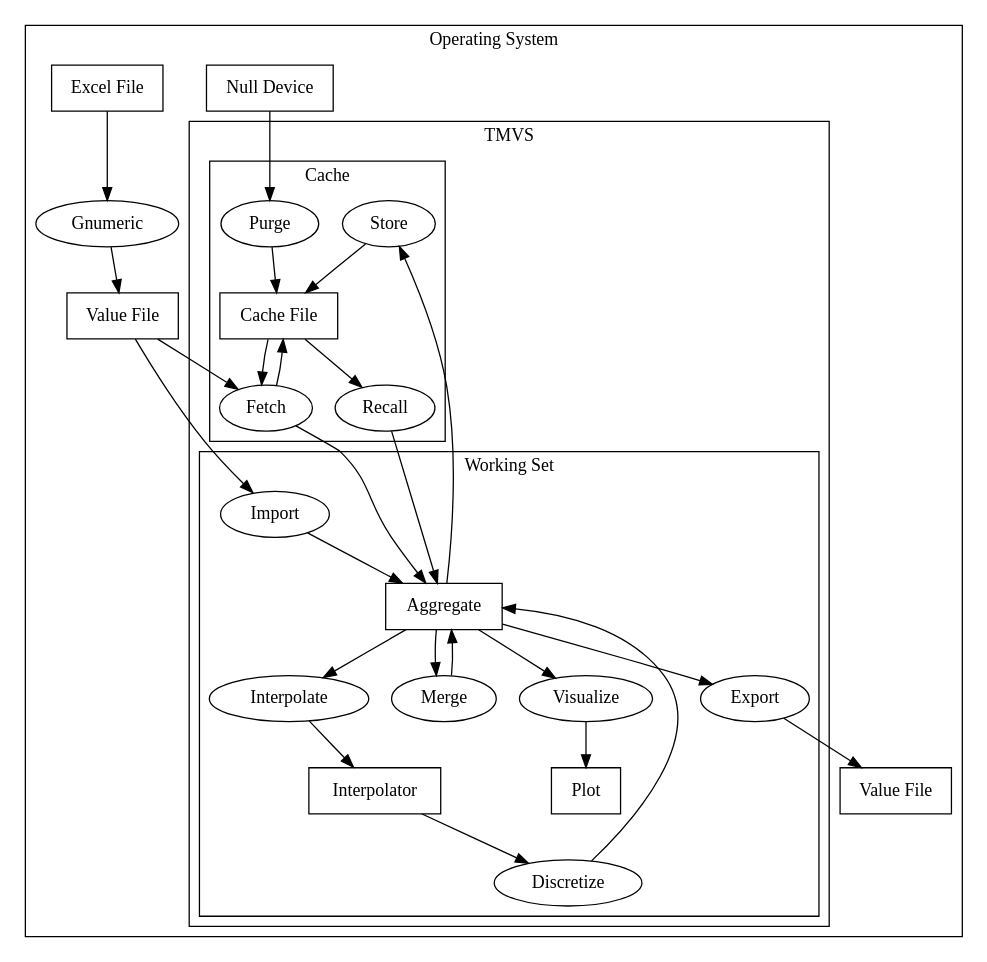
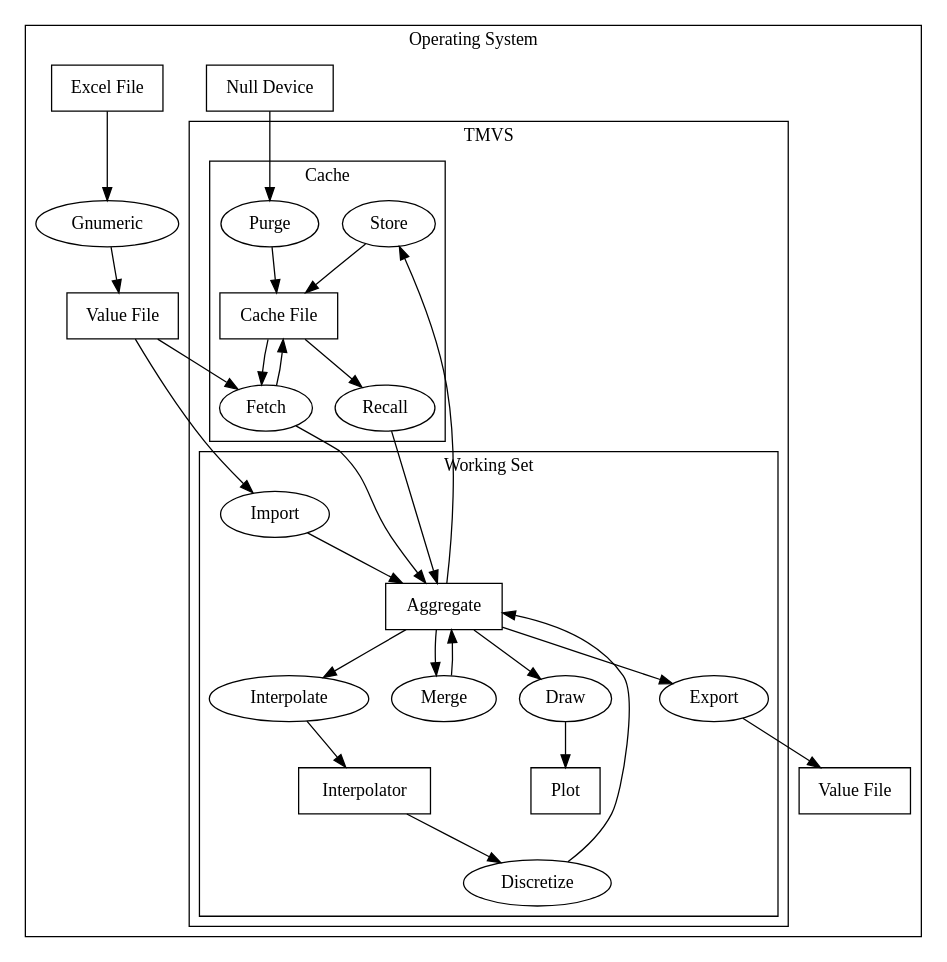
One commit to Tuplanolla/tmvs changed the diagram in data-flow.dot. Above: the diagram before and after it, drawn with Graphviz. The commit also changed 17 other files, not shown here.

Commit message:
Architectural changes.

```diff
--- a/data-flow.dot
+++ b/data-flow.dot
@@ -1,64 +1,64 @@
 digraph {
   subgraph cluster_os {
     label = "Operating System"
 
     node [shape = box]
     null [label = "Null Device"]
     xlsr [label = "Excel File"]
     csvr [label = "Value File"]
     csvw [label = "Value File"]
 
     node [shape = oval]
     gnumeric [label = "Gnumeric"]
 
     subgraph cluster_tmvs {
       label = "TMVS"
 
       subgraph cluster_ws {
         label = "Working Set"
 
         node [shape = box]
         aggr [label = "Aggregate"]
         interp [label = "Interpolator"]
         plot [label = "Plot"]
 
         node [shape = oval]
         import [label = "Import"]
         interpolate [label = "Interpolate"]
         discretize [label = "Discretize"]
         merge [label = "Merge"]
-        visualize [label = "Visualize"]
+        draw [label = "Draw"]
         export [label = "Export"]
       }
 
       subgraph cluster_cache {
         label = "Cache"
 
         node [shape = box]
         cache [label = "Cache File"]
 
         node [shape = oval]
         store [label = "Store"]
         recall [label = "Recall"]
         fetch [label = "Fetch"]
         purge [label = "Purge"]
       }
     }
   }
 
   xlsr -> gnumeric -> csvr
   csvr -> import -> aggr
   aggr -> interpolate -> interp
   interp -> discretize -> aggr
   aggr -> merge -> aggr
-  aggr -> visualize -> plot
+  aggr -> draw -> plot
   aggr -> store -> cache
   cache -> recall -> aggr
   csvr -> fetch -> aggr
   cache -> fetch -> cache
   null -> purge -> cache
   aggr -> export -> csvw
 
   fetch -> import [style = invis]
   recall -> import [style = invis]
 }
```
